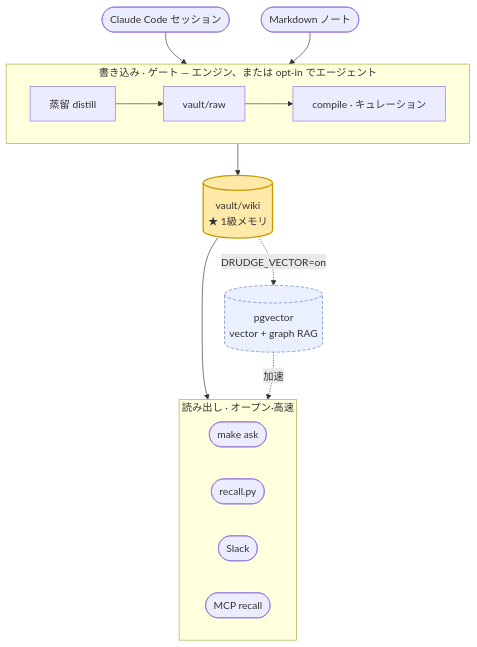
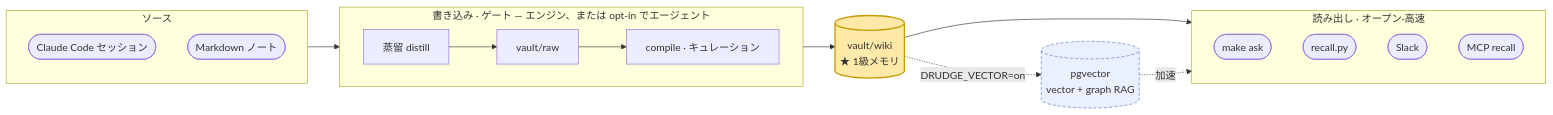
Before and after one commit to jazz1x/ohmyboring: the first of 2 diagrams in README.ja.md, drawn with Mermaid. The commit also changed 2 other files, not shown here.

Commit message:
docs: architecture diagram back to LR flow (canonical for a pipeline) (#27)
A data-flow/pipeline reads left→right (input→output) — the canonical README
orientation; TB suited hierarchies, not flows. Keep both axes by stacking the
sources and read-consumers vertically (TB subgraphs) along an LR main spine
(sources → WRITE → vault/wiki hub → READ), so it's neither a cramped single row
nor an over-tall column. Shapes/classDef unchanged. All 3 READMEs.

````diff
--- a/README.ja.md
+++ b/README.ja.md
@@ -15,24 +15,27 @@
 ```mermaid
-flowchart TB
-  CC(["Claude Code セッション"]) --> D
-  NT(["Markdown ノート"]) --> D
+flowchart LR
+  subgraph SRC ["ソース"]
+    direction TB
+    CC(["Claude Code セッション"])
+    NT(["Markdown ノート"])
+  end
   subgraph WRITE ["書き込み · ゲート — エンジン、または opt-in でエージェント"]
     direction LR
     D["蒸留 distill"] --> RAW["vault/raw"] --> CP["compile · キュレーション"]
   end
-  CP --> WIKI[("vault/wiki<br/>★ 1級メモリ")]
-  WIKI --> RD
+  WIKI[("vault/wiki<br/>★ 1級メモリ")]
   subgraph RD ["読み出し · オープン·高速"]
-    direction LR
+    direction TB
     ASK(["make ask"])
     REC(["recall.py"])
     SLK(["Slack"])
     MCP(["MCP recall"])
   end
+  SRC --> WRITE --> WIKI --> RD
   WIKI -. "DRUDGE_VECTOR=on" .-> PG[("pgvector<br/>vector + graph RAG")]
   PG -. 加速 .-> RD
   classDef hub fill:#ffe9a8,stroke:#c79a00,stroke-width:2px;
   classDef opt fill:#eaf0ff,stroke:#5a78c0,stroke-dasharray:5 3;
   class WIKI hub;
   class PG opt;
 ```
````
